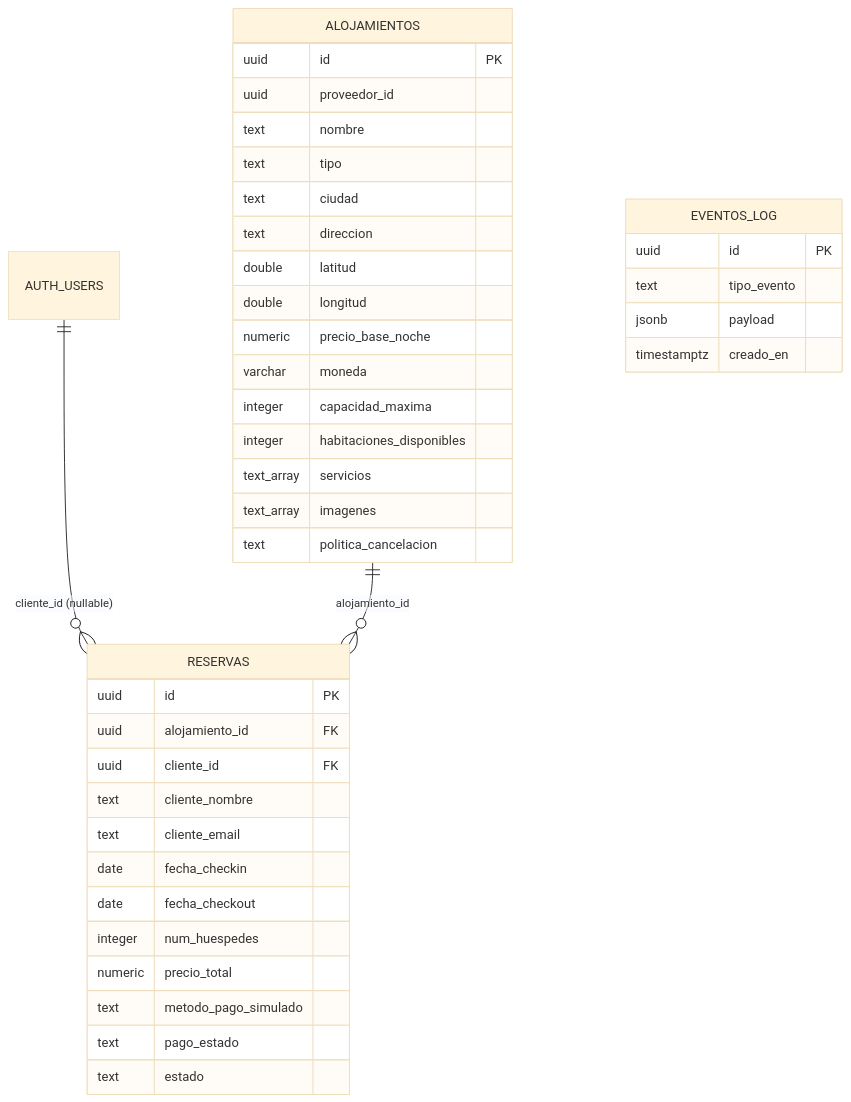
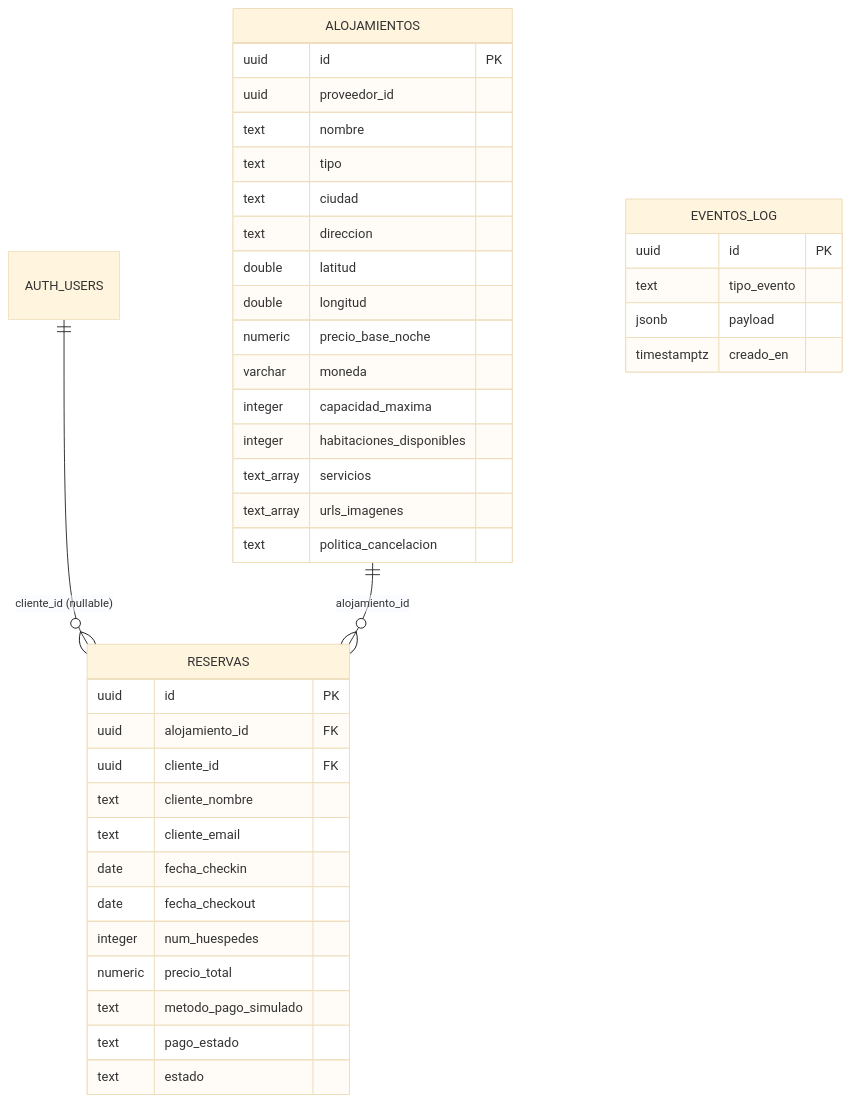
One commit to morenokarol10/booking-alojamiento changed the diagram in README.md. Above: the diagram before and after it, drawn with Mermaid (base theme). The commit also changed other lines of this file and 7 other files, not shown here.

Commit message:
fix: renombrar columna imagenes a urls_imagenes para Supabase

````diff
--- a/README.md
+++ b/README.md
@@ -270,42 +279,42 @@
 ```mermaid
 erDiagram
     AUTH_USERS ||--o{ RESERVAS : "cliente_id (nullable)"
     ALOJAMIENTOS ||--o{ RESERVAS : "alojamiento_id"
     ALOJAMIENTOS {
         uuid id PK
         uuid proveedor_id
         text nombre
         text tipo
         text ciudad
         text direccion
         double latitud
         double longitud
         numeric precio_base_noche
         varchar moneda
         integer capacidad_maxima
         integer habitaciones_disponibles
         text_array servicios
-        text_array imagenes
+        text_array urls_imagenes
         text politica_cancelacion
     }
     RESERVAS {
         uuid id PK
         uuid alojamiento_id FK
         uuid cliente_id FK
         text cliente_nombre
         text cliente_email
         date fecha_checkin
         date fecha_checkout
         integer num_huespedes
         numeric precio_total
         text metodo_pago_simulado
         text pago_estado
         text estado
     }
     EVENTOS_LOG {
         uuid id PK
         text tipo_evento
         jsonb payload
         timestamptz creado_en
     }
 ```
````
